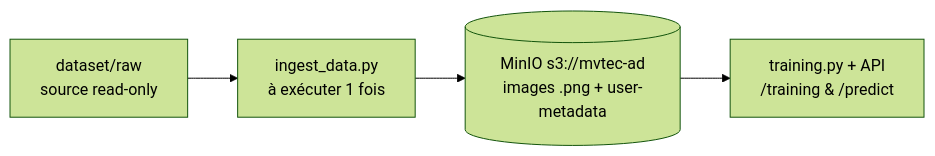
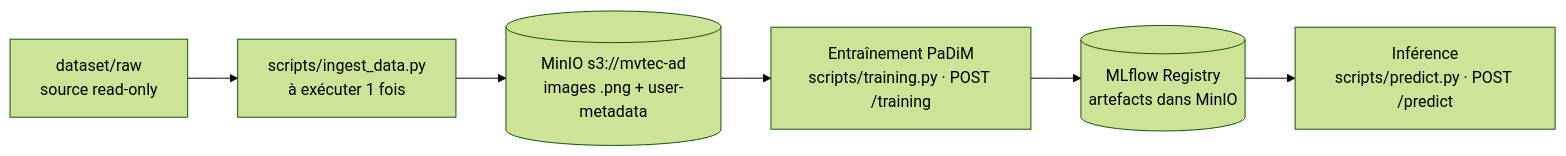
Before and after one commit to alexmckme/avr26_bmle_mlops_anomaliesindus_test: the diagram in README.md, drawn with Mermaid (forest theme). The commit also changed other lines of this file and 6 other files, not shown here.

````diff
--- a/README.md
+++ b/README.md
@@ -24,6 +25,8 @@
 ```mermaid
 flowchart LR
-    A[dataset/raw<br/>source read-only] --> B[ingest_data.py<br/>à exécuter 1 fois]
+    A[dataset/raw<br/>source read-only] --> B[scripts/ingest_data.py<br/>à exécuter 1 fois]
     B --> C[(MinIO s3://mvtec-ad<br/>images .png + user-metadata)]
-    C --> D[training.py + API<br/>/training & /predict]
+    C --> D[Entraînement PaDiM<br/>scripts/training.py · POST /training]
+    D --> E[(MLflow Registry<br/>artefacts dans MinIO)]
+    E --> F[Inférence<br/>scripts/predict.py · POST /predict]
 ```
````
